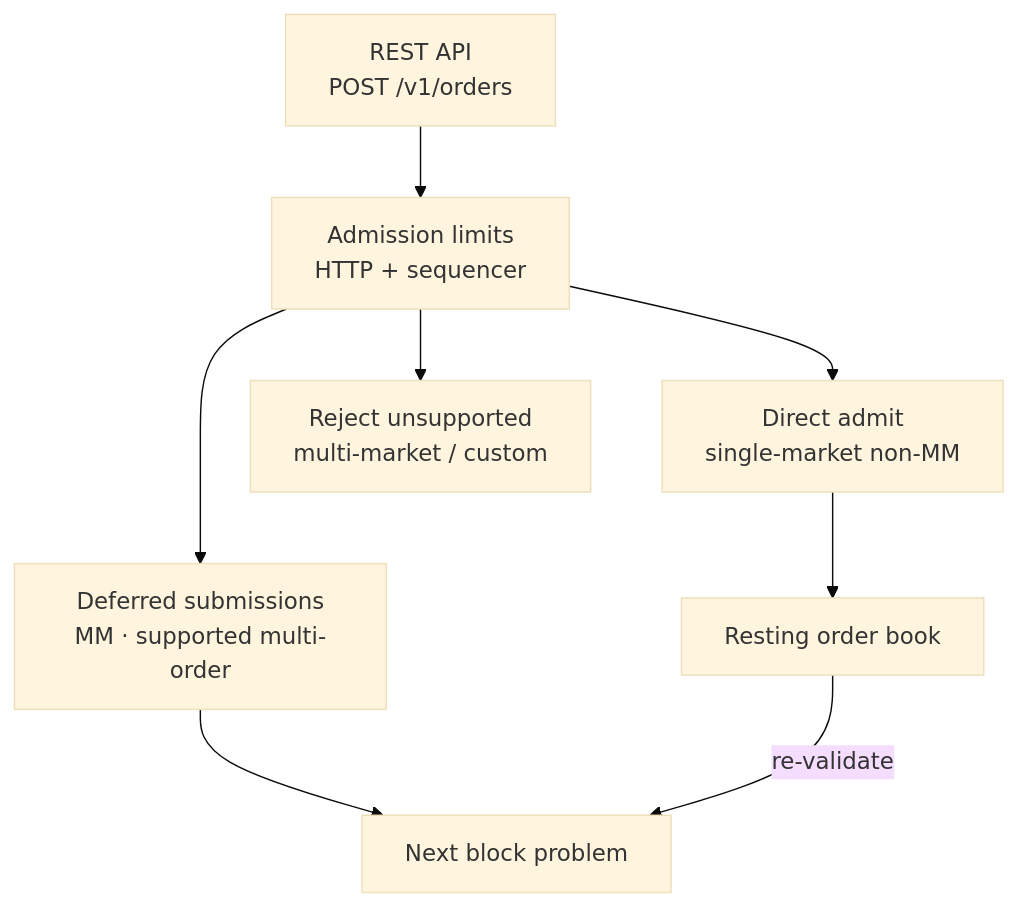
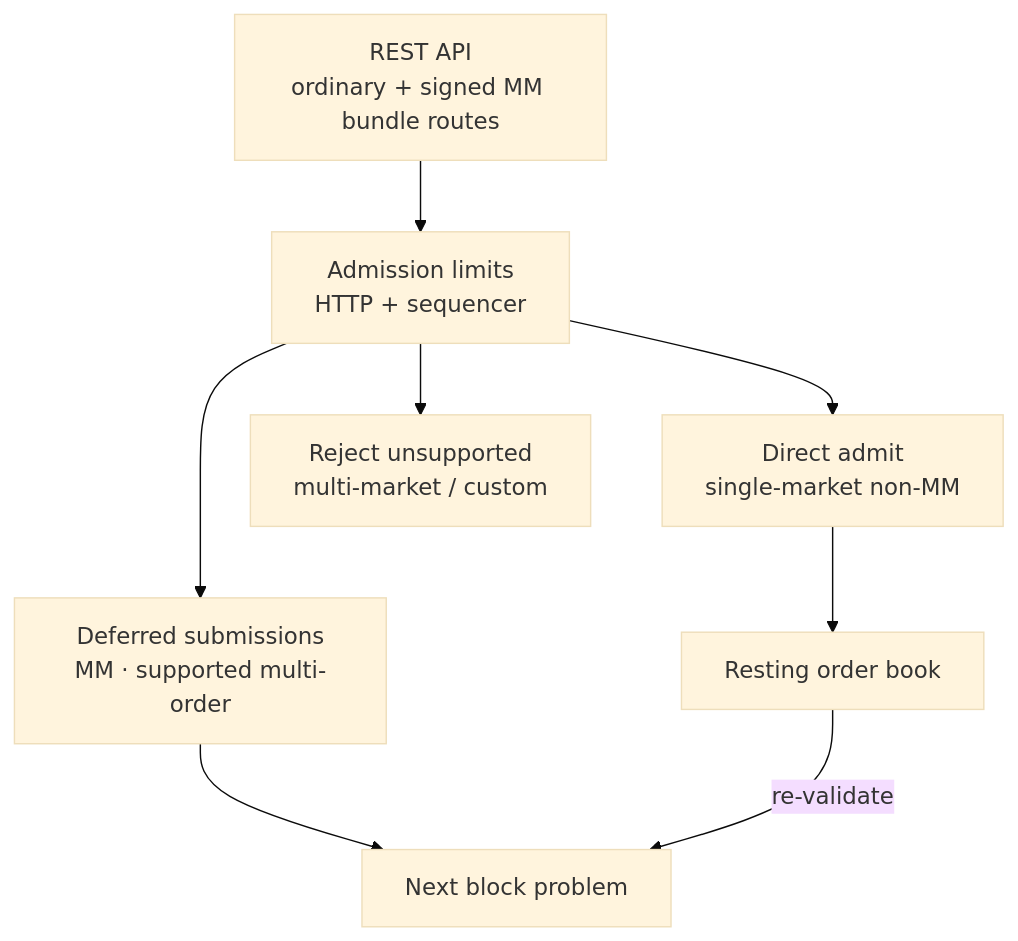
The diagram in docs/architecture/03-sequencing/Order Admission.md (MetaB0y/sybil), drawn with Mermaid (base theme) before and after one commit. The commit also changed other lines of this file and 69 other files, not shown here.

Commit message:
feat(protocol): add signed atomic MM bundle admission — #174

````diff
--- a/docs/architecture/03-sequencing/Order Admission.md
+++ b/docs/architecture/03-sequencing/Order Admission.md
@@ -51,11 +67,11 @@
 ```mermaid
 graph TB
-    API["REST API<br/>POST /v1/orders"]
+    API["REST API<br/>ordinary + signed MM bundle routes"]
     API --> LIMITS["Admission limits<br/>HTTP + sequencer"]
     LIMITS --> DIRECT["Direct admit<br/>single-market non-MM"]
     LIMITS --> DEFER["Deferred submissions<br/>MM · supported multi-order"]
     LIMITS --> REJECT["Reject unsupported<br/>multi-market / custom"]
     DIRECT --> BOOK["Resting order book"]
     DEFER --> PROBLEM["Next block problem"]
     BOOK -->|"re-validate"| PROBLEM
 ```
````
